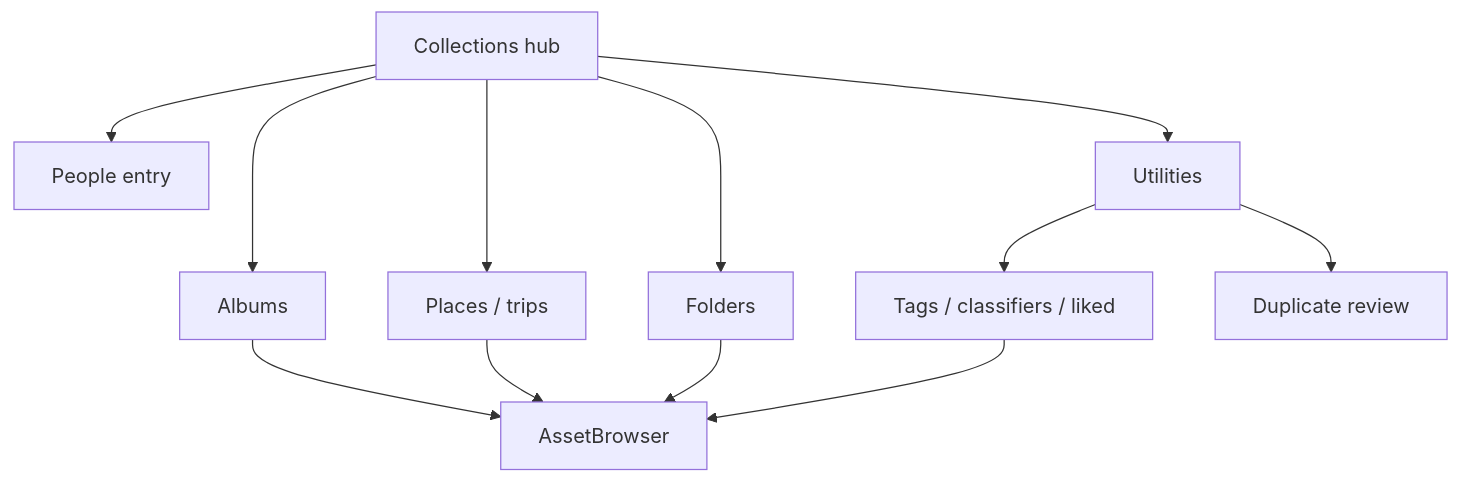
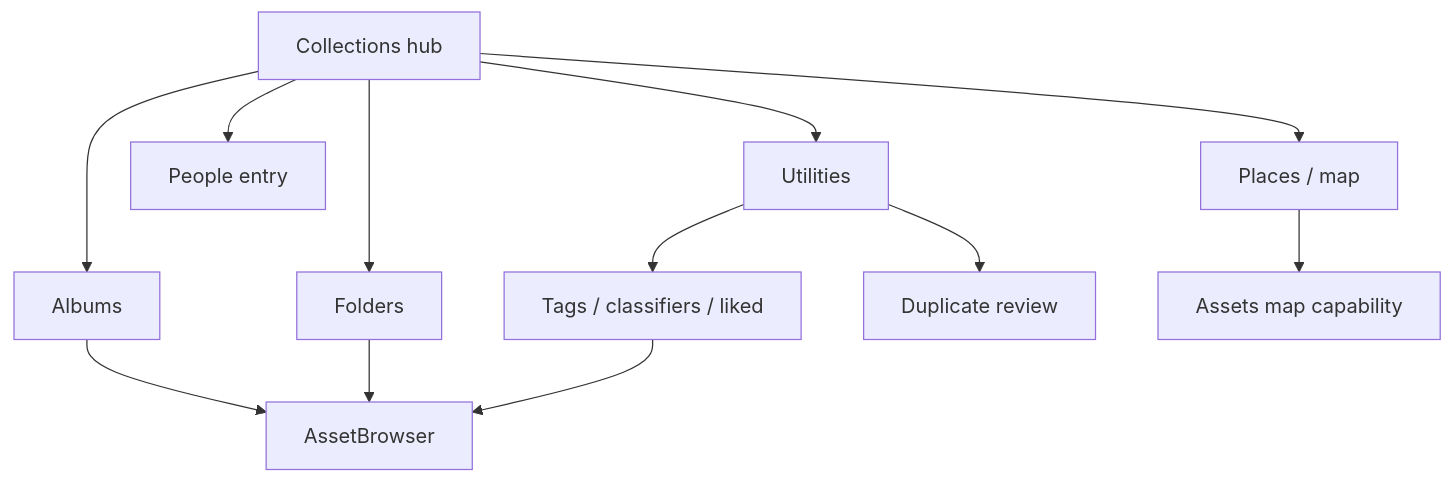
Before and after one commit to EdwinZhanCN/Lumilio-Photos: the diagram in web/src/features/collections/doc.md, drawn with Mermaid. The commit also changed other lines of this file and 942 other files, not shown here.

````diff
--- a/web/src/features/collections/doc.md
+++ b/web/src/features/collections/doc.md
@@ -25,14 +26,14 @@
 ```mermaid
 flowchart TD
     HUB["Collections hub"] --> ALBUMS["Albums"]
-    HUB --> PLACES["Places / trips"]
+    HUB --> PLACES["Places / map"]
     HUB --> PEOPLE["People entry"]
     HUB --> FOLDERS["Folders"]
     HUB --> UTILITIES["Utilities"]
     UTILITIES --> TAGS["Tags / classifiers / liked"]
     UTILITIES --> DUPLICATES["Duplicate review"]
     ALBUMS --> BROWSER["AssetBrowser"]
-    PLACES --> BROWSER
+    PLACES --> MAP["Assets map capability"]
     FOLDERS --> BROWSER
     TAGS --> BROWSER
 ```
````
